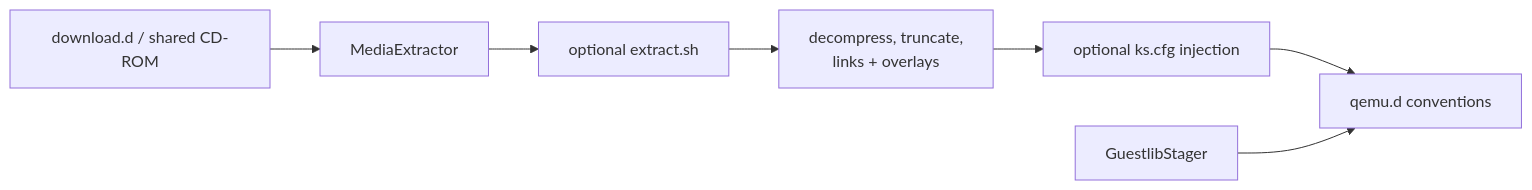
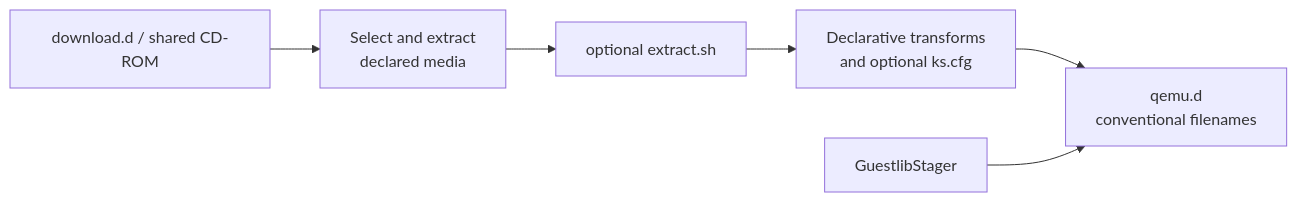
Before and after one commit to jblang/retrodist: the sixth of 7 diagrams in ARCHITECTURE.md, drawn with Mermaid. The commit also changed other lines of this file and 6 other files, not shown here.

````diff
--- a/ARCHITECTURE.md
+++ b/ARCHITECTURE.md
@@ -374,13 +356,12 @@
 ```mermaid
 flowchart LR
     source["download.d / shared CD-ROM"]
-    extract["MediaExtractor"]
+    extract["Select and extract<br/>declared media"]
     hook["optional extract.sh"]
-    transform["decompress, truncate,<br/>links + overlays"]
-    kickstart["optional ks.cfg injection"]
-    stage["qemu.d conventions"]
-    refresh["GuestlibStager"]
+    transform["Declarative transforms<br/>and optional ks.cfg"]
+    stage["qemu.d<br/>conventional filenames"]
+    guestlib["GuestlibStager"]
 
-    source --> extract --> hook --> transform --> kickstart --> stage
-    refresh --> stage
+    source --> extract --> hook --> transform --> stage
+    guestlib --> stage
 ```
````
